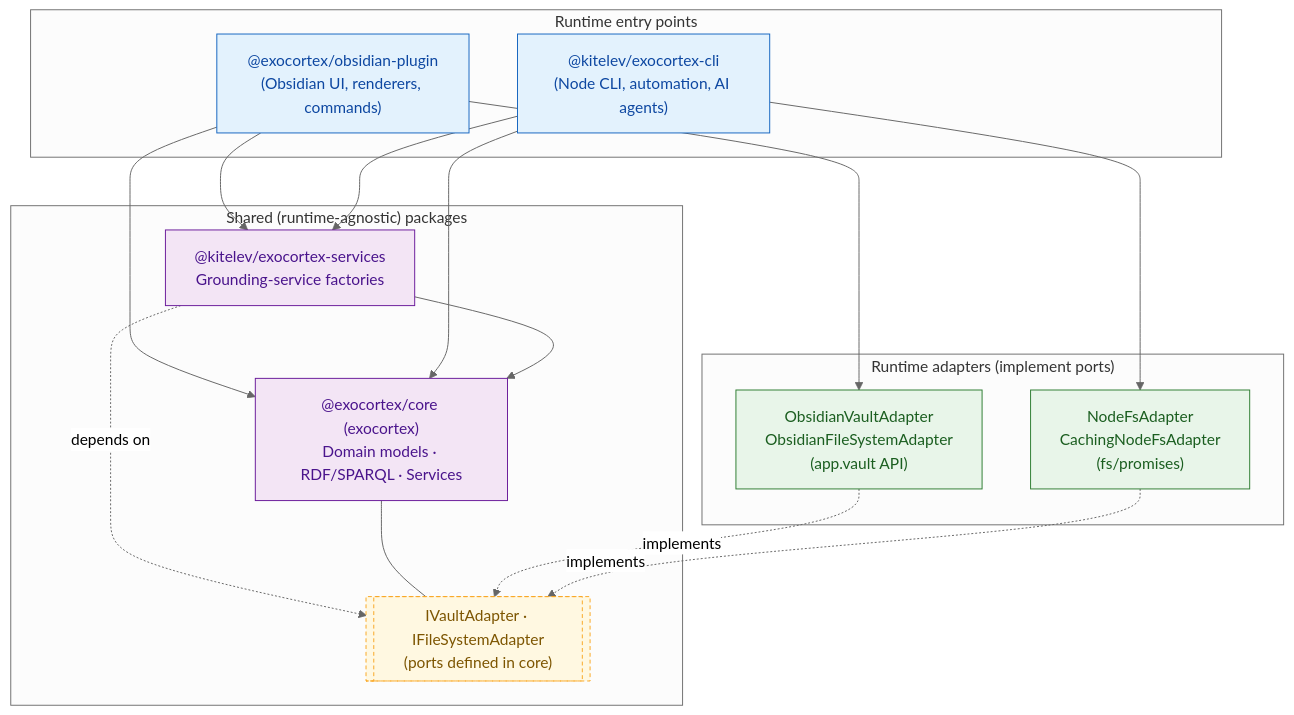
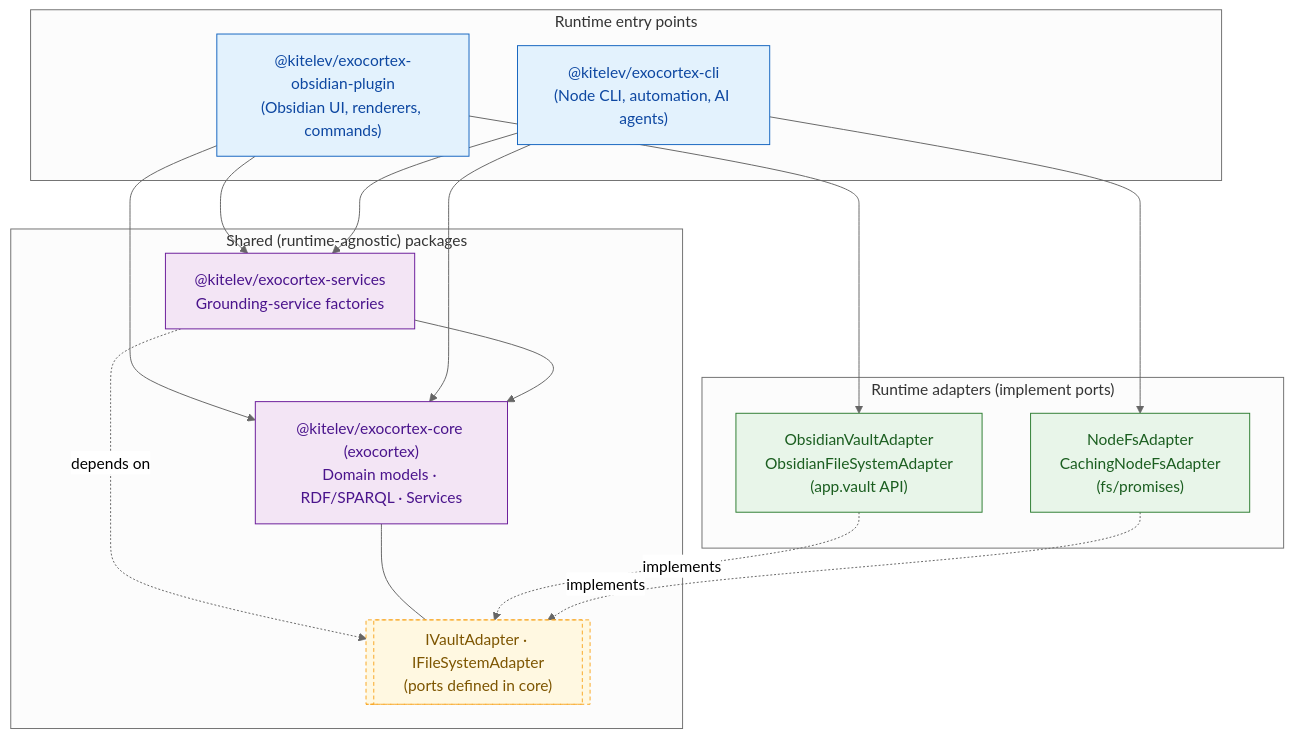
The diagram in README.md (kitelev/exocortex), drawn with Mermaid (neutral theme) before and after one commit. The commit also changed other lines of this file and 1013 other files, not shown here.

````diff
--- a/README.md
+++ b/README.md
@@ -243,40 +248,40 @@
 ```mermaid
 flowchart TB
     subgraph Runtimes["Runtime entry points"]
-        Plugin["@exocortex/obsidian-plugin<br/>(Obsidian UI, renderers, commands)"]
+        Plugin["@kitelev/exocortex-obsidian-plugin<br/>(Obsidian UI, renderers, commands)"]
         CLI["@kitelev/exocortex-cli<br/>(Node CLI, automation, AI agents)"]
     end
 
     subgraph Shared["Shared (runtime-agnostic) packages"]
-        Core["@exocortex/core (exocortex)<br/>Domain models · RDF/SPARQL · Services"]
+        Core["@kitelev/exocortex-core (exocortex)<br/>Domain models · RDF/SPARQL · Services"]
         Services["@kitelev/exocortex-services<br/>Grounding-service factories"]
         Interfaces[["IVaultAdapter · IFileSystemAdapter<br/>(ports defined in core)"]]
     end
 
     subgraph Adapters["Runtime adapters (implement ports)"]
         ObsAdapter["ObsidianVaultAdapter<br/>ObsidianFileSystemAdapter<br/>(app.vault API)"]
         NodeAdapter["NodeFsAdapter<br/>CachingNodeFsAdapter<br/>(fs/promises)"]
     end
 
     Plugin --> Core
     Plugin --> Services
     CLI --> Core
     CLI --> Services
     Services --> Core
     Services -. depends on .-> Interfaces
     Core --- Interfaces
 
     Plugin --> ObsAdapter
     CLI --> NodeAdapter
     ObsAdapter -.implements.-> Interfaces
     NodeAdapter -.implements.-> Interfaces
 
     classDef runtime fill:#e3f2fd,stroke:#1565c0,color:#0d47a1;
     classDef shared fill:#f3e5f5,stroke:#6a1b9a,color:#4a148c;
     classDef adapter fill:#e8f5e9,stroke:#2e7d32,color:#1b5e20;
     classDef iface fill:#fff8e1,stroke:#f9a825,color:#7d5500,stroke-dasharray: 4 3;
     class Plugin,CLI runtime;
     class Core,Services shared;
     class ObsAdapter,NodeAdapter adapter;
     class Interfaces iface;
 ```
````
